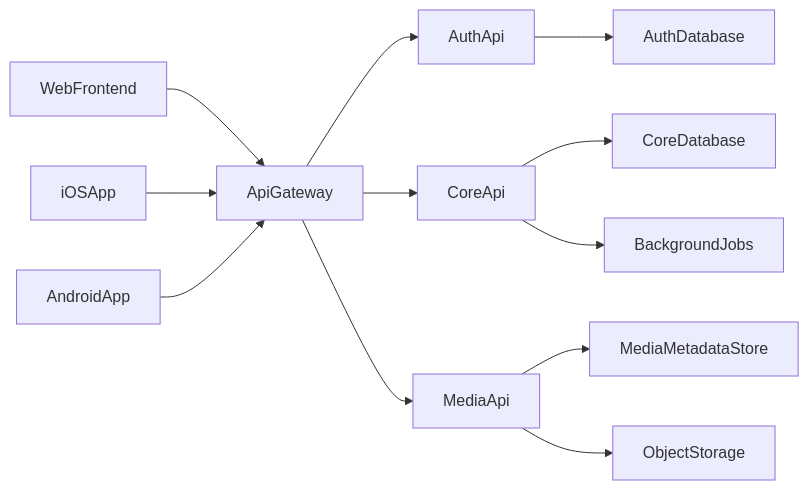
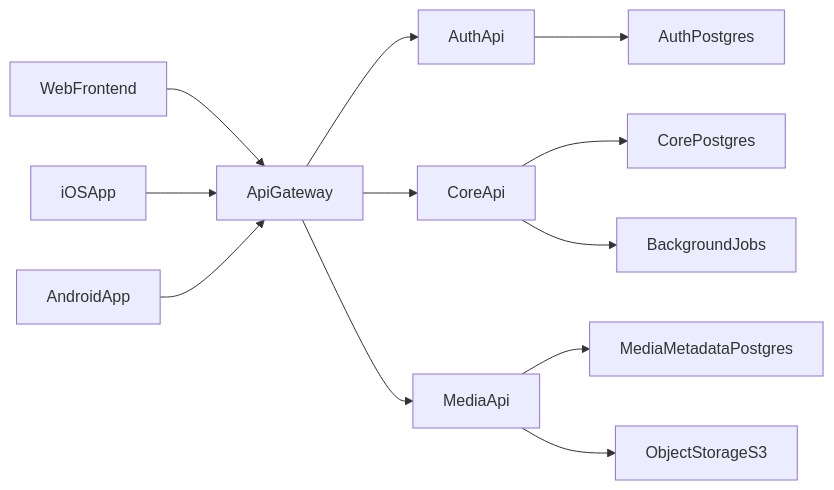
The first of 3 diagrams in docs/planning/IPSSA_Implementation_Stories_Backlog.md (bitcrafterapps/ipssa), drawn with Mermaid before and after one commit. The commit also changed other lines of this file and 12 other files, not shown here.

````diff
--- a/docs/planning/IPSSA_Implementation_Stories_Backlog.md
+++ b/docs/planning/IPSSA_Implementation_Stories_Backlog.md
@@ -80,14 +80,14 @@
 ```mermaid
 flowchart LR
     WebFrontend[WebFrontend] --> Gateway[ApiGateway]
     IOSApp[iOSApp] --> Gateway
     AndroidApp[AndroidApp] --> Gateway
     Gateway --> AuthApi[AuthApi]
     Gateway --> CoreApi[CoreApi]
     Gateway --> MediaApi[MediaApi]
-    AuthApi --> AuthDb[AuthDatabase]
-    CoreApi --> CoreDb[CoreDatabase]
-    MediaApi --> MediaDb[MediaMetadataStore]
-    MediaApi --> ObjectStore[ObjectStorage]
+    AuthApi --> AuthDb[AuthPostgres]
+    CoreApi --> CoreDb[CorePostgres]
+    MediaApi --> MediaDb[MediaMetadataPostgres]
+    MediaApi --> ObjectStore[ObjectStorageS3]
     CoreApi --> Jobs[BackgroundJobs]
 ```
````
